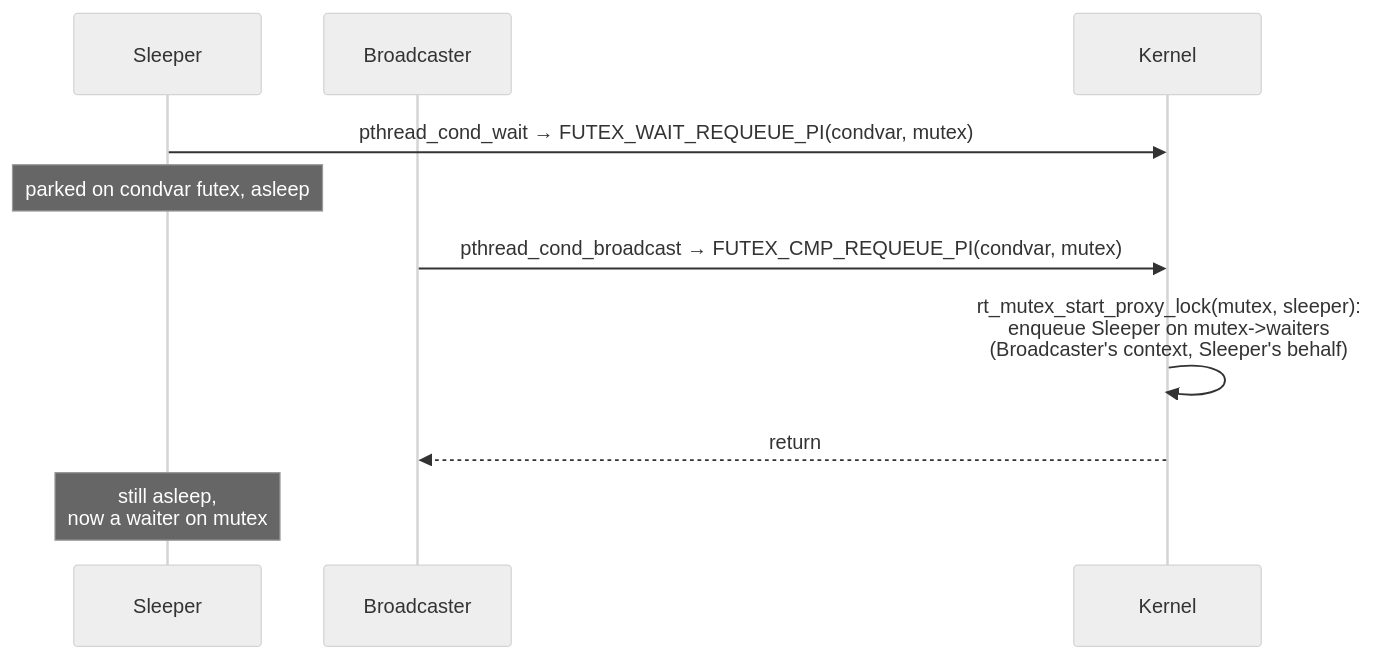
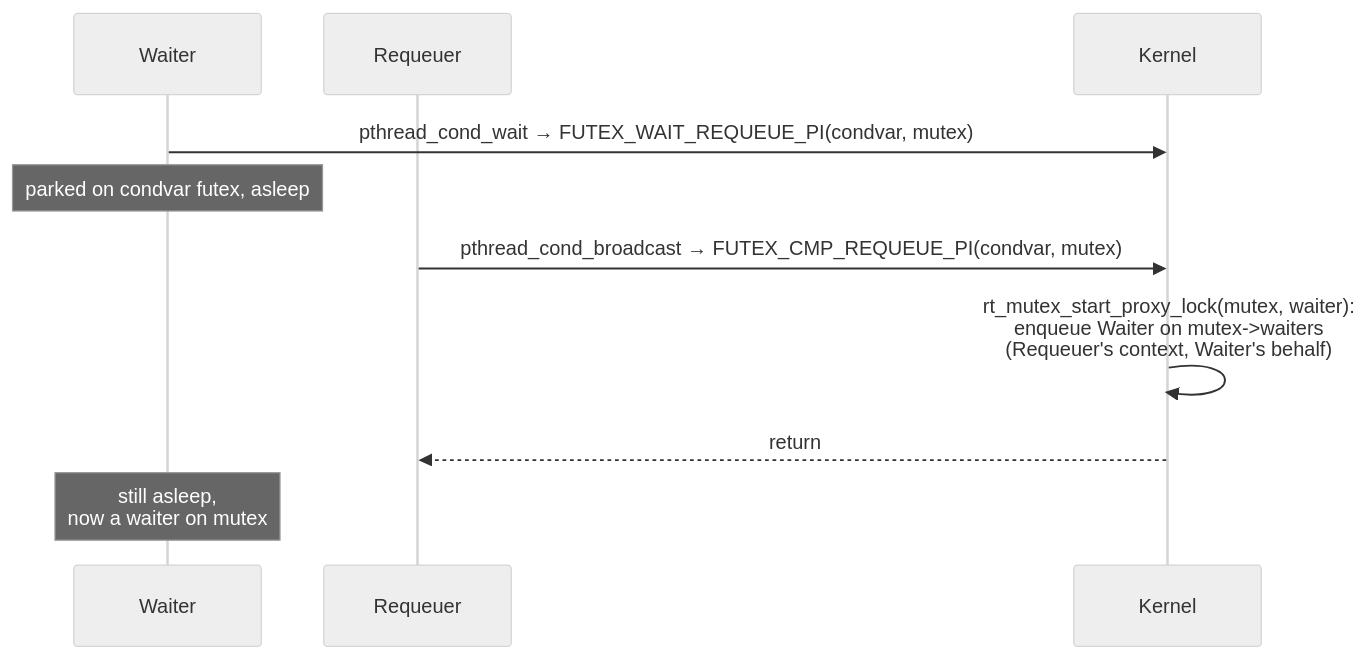
The first of 3 diagrams in _posts/2026-06-13-rtmutex.md (guysrd/guysrd.github.io), drawn with Mermaid (neutral theme) before and after one commit. The commit also changed other lines of this file, not shown here.

Commit message:
terminology

````diff
--- a/_posts/2026-06-13-rtmutex.md
+++ b/_posts/2026-06-13-rtmutex.md
@@ -59,13 +59,13 @@
 ```mermaid
 sequenceDiagram
-    participant W as Sleeper
-    participant B as Broadcaster
+    participant W as Waiter
+    participant R as Requeuer
     participant K as Kernel
 
     W->>K: pthread_cond_wait → FUTEX_WAIT_REQUEUE_PI(condvar, mutex)
     Note over W: parked on condvar futex, asleep
-    B->>K: pthread_cond_broadcast → FUTEX_CMP_REQUEUE_PI(condvar, mutex)
-    K->>K: rt_mutex_start_proxy_lock(mutex, sleeper):<br/>enqueue Sleeper on mutex->waiters<br/>(Broadcaster's context, Sleeper's behalf)
-    K-->>B: return
+    R->>K: pthread_cond_broadcast → FUTEX_CMP_REQUEUE_PI(condvar, mutex)
+    K->>K: rt_mutex_start_proxy_lock(mutex, waiter):<br/>enqueue Waiter on mutex->waiters<br/>(Requeuer's context, Waiter's behalf)
+    K-->>R: return
     Note over W: still asleep,<br/>now a waiter on mutex
 ```
````
